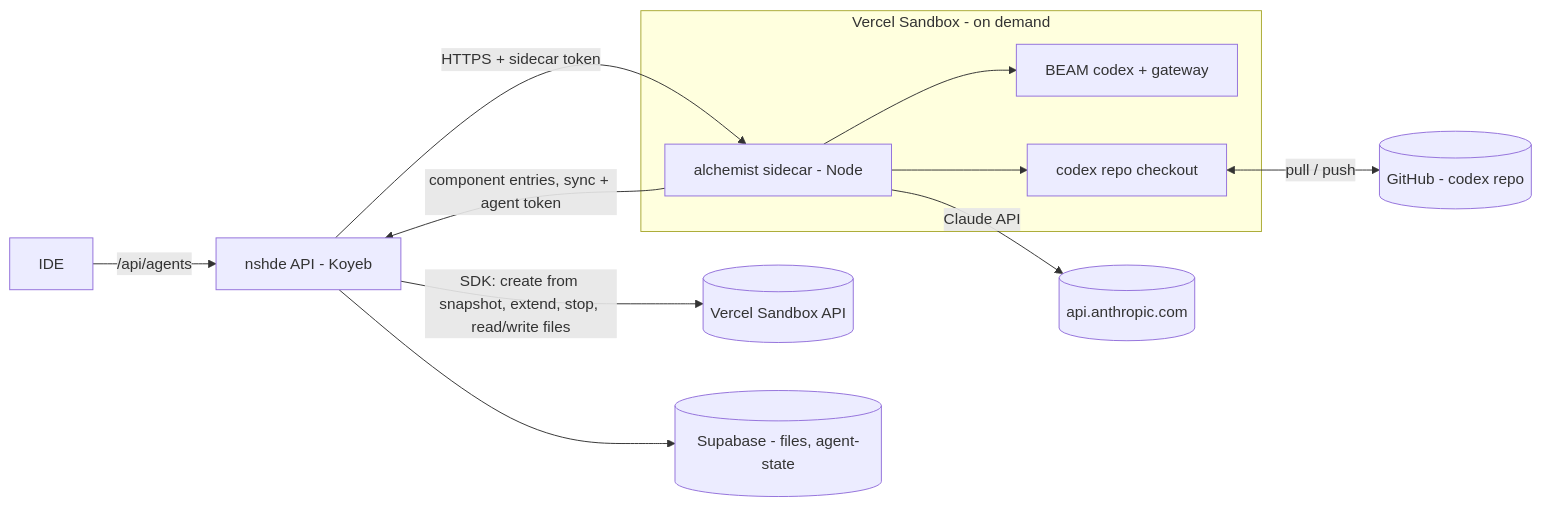
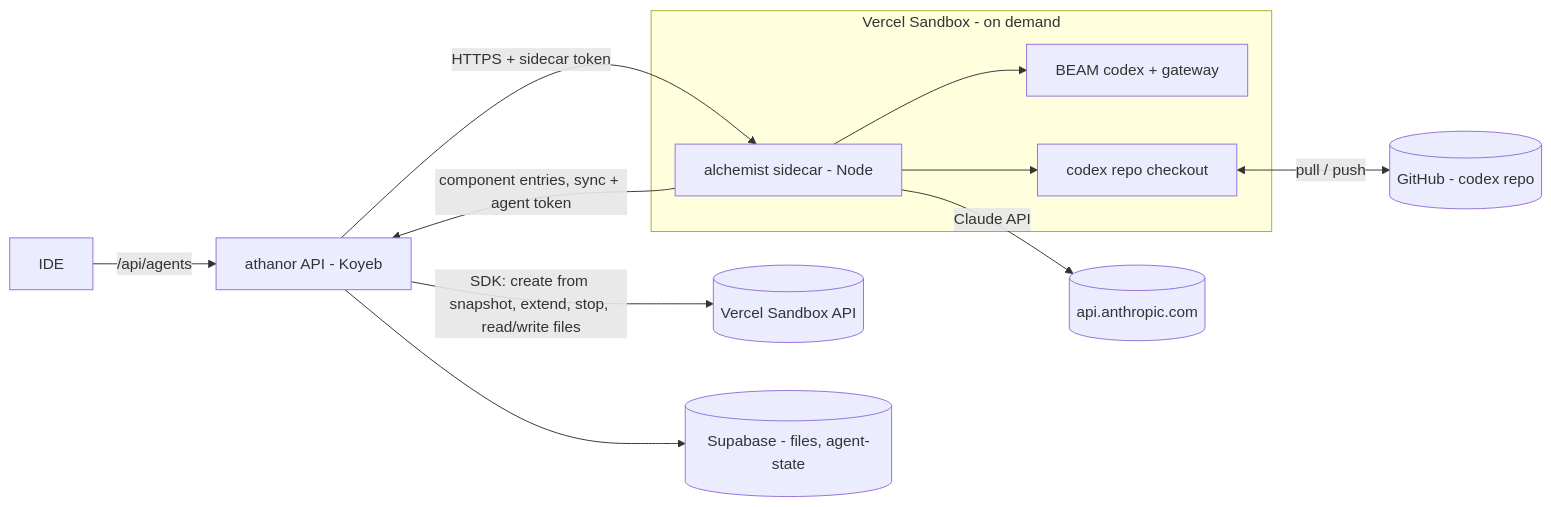
Before and after one commit to 0x1d/crucible: the first of 2 diagrams in projects/athanor/docs/api/design/agent-sandbox.md, drawn with Mermaid. The commit also changed other lines of this file and 26 other files, not shown here.

````diff
--- a/projects/athanor/docs/api/design/agent-sandbox.md
+++ b/projects/athanor/docs/api/design/agent-sandbox.md
@@ -53,14 +53,14 @@
 ```mermaid
 flowchart LR
-  UI[IDE] -->|/api/agents| API[nshde API - Koyeb]
+  UI[IDE] -->|/api/agents| API[athanor API - Koyeb]
   API -->|SDK: create from snapshot, extend, stop, read/write files| Vercel[(Vercel Sandbox API)]
   API -->|HTTPS + sidecar token| Sidecar
   subgraph Sandbox[Vercel Sandbox - on demand]
     Sidecar[alchemist sidecar - Node] --> Beam[BEAM codex + gateway]
     Sidecar --> Checkout[codex repo checkout]
   end
   Sidecar -->|component entries, sync + agent token| API
   Checkout <-->|pull / push| Repo[(GitHub - codex repo)]
   Sidecar -->|Claude API| Anthropic[(api.anthropic.com)]
   API --> Supa[(Supabase - files, agent-state)]
 ```
````
